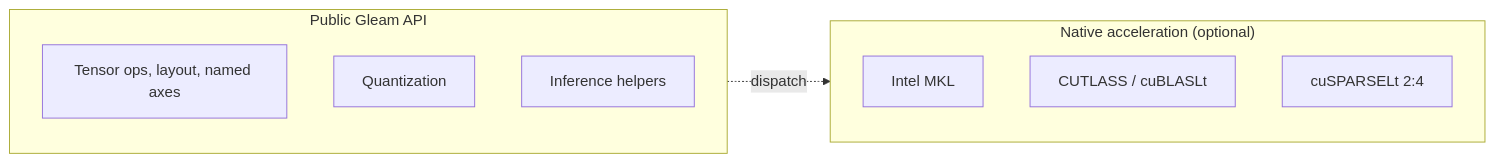
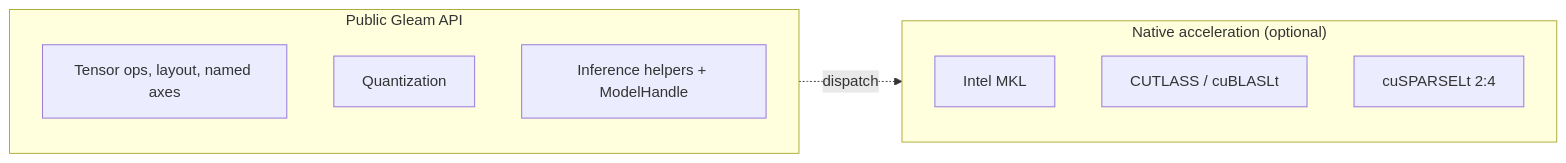
One commit to gabrielmaialva33/viva_tensor changed the diagram in docs/en/README.md. Above: the diagram before and after it, drawn with Mermaid. The commit also changed other lines of this file and 7 other files, not shown here.

````diff
--- a/docs/en/README.md
+++ b/docs/en/README.md
@@ -9,14 +9,14 @@
 ```mermaid
 flowchart LR
     subgraph PublicAPI["Public Gleam API"]
         T[Tensor ops, layout, named axes]
         Q[Quantization]
-        I[Inference helpers]
+        I[Inference helpers + ModelHandle]
     end
     subgraph Native["Native acceleration (optional)"]
         MKL[Intel MKL]
         CUTLASS[CUTLASS / cuBLASLt]
         SPARSE[cuSPARSELt 2:4]
     end
     PublicAPI -.dispatch.-> Native
 ```
````
